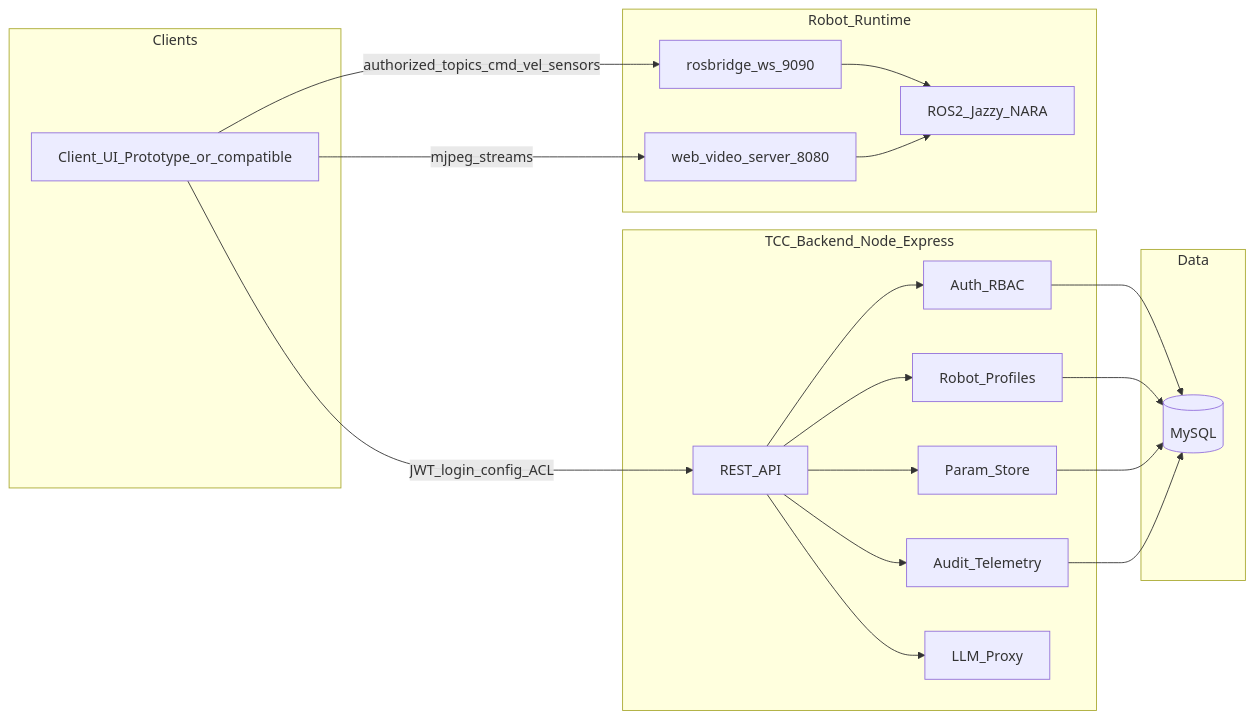
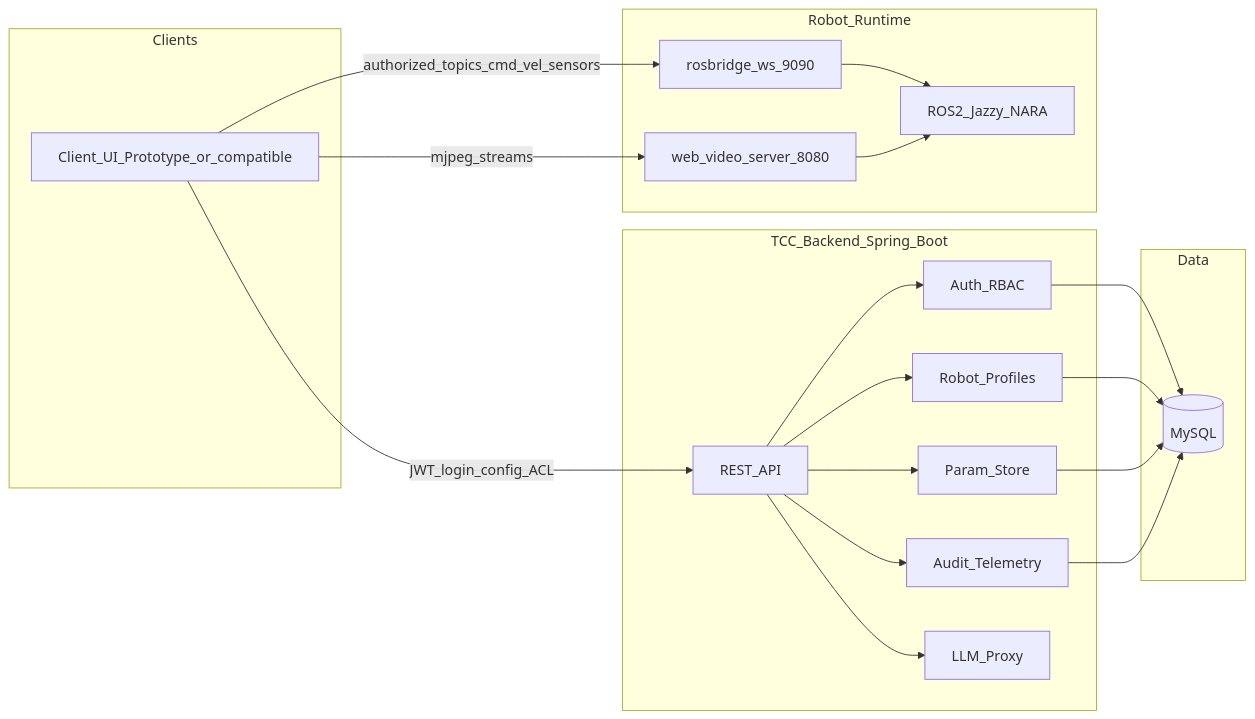
The first of 2 diagrams in docs/docs/architecture/system-overview.md (leonardovbdo/bifrost), drawn with Mermaid before and after one commit. The commit also changed other lines of this file and 12 other files, not shown here.

First line of the commit message:
Accept Java/Spring stack and adopt backend coding conventions.

````diff
--- a/docs/docs/architecture/system-overview.md
+++ b/docs/docs/architecture/system-overview.md
@@ -19,41 +19,41 @@
 ```mermaid
 flowchart LR
   subgraph clients [Clients]
     WebClient[Client_UI_Prototype_or_compatible]
   end
 
-  subgraph tccBackend [TCC_Backend_Node_Express]
+  subgraph tccBackend [TCC_Backend_Spring_Boot]
     API[REST_API]
     Auth[Auth_RBAC]
     Profiles[Robot_Profiles]
     Params[Param_Store]
     Audit[Audit_Telemetry]
     LLMProxy[LLM_Proxy]
   end
 
   subgraph data [Data]
     MySQL[(MySQL)]
   end
 
   subgraph robotRuntime [Robot_Runtime]
     Rosbridge[rosbridge_ws_9090]
     Video[web_video_server_8080]
     ROS[ROS2_Jazzy_NARA]
   end
 
   WebClient -->|"JWT_login_config_ACL"| API
   API --> Auth
   API --> Profiles
   API --> Params
   API --> Audit
   API --> LLMProxy
   Auth --> MySQL
   Profiles --> MySQL
   Params --> MySQL
   Audit --> MySQL
 
   WebClient -->|"authorized_topics_cmd_vel_sensors"| Rosbridge
   WebClient -->|mjpeg_streams| Video
   Rosbridge --> ROS
   Video --> ROS
 ```
````
